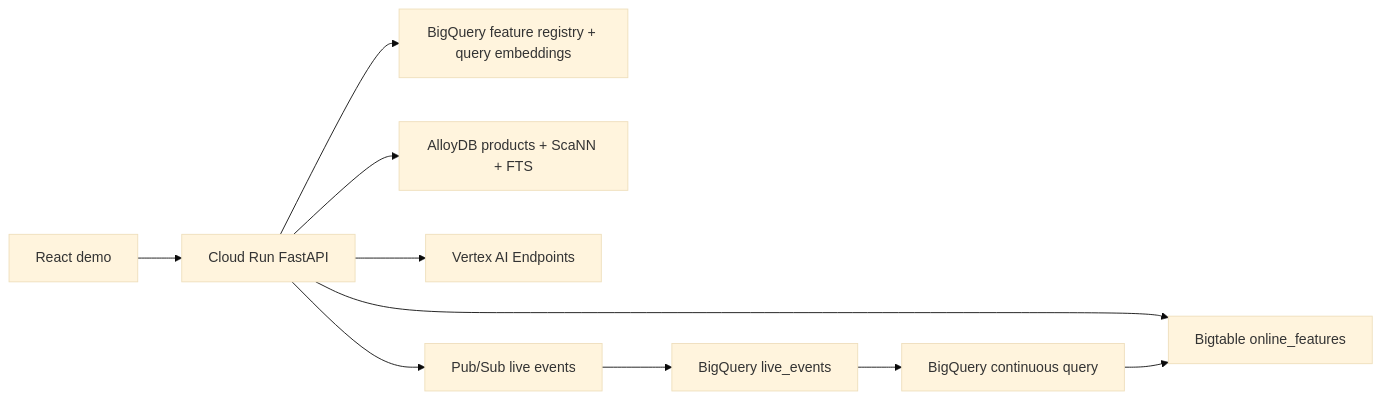
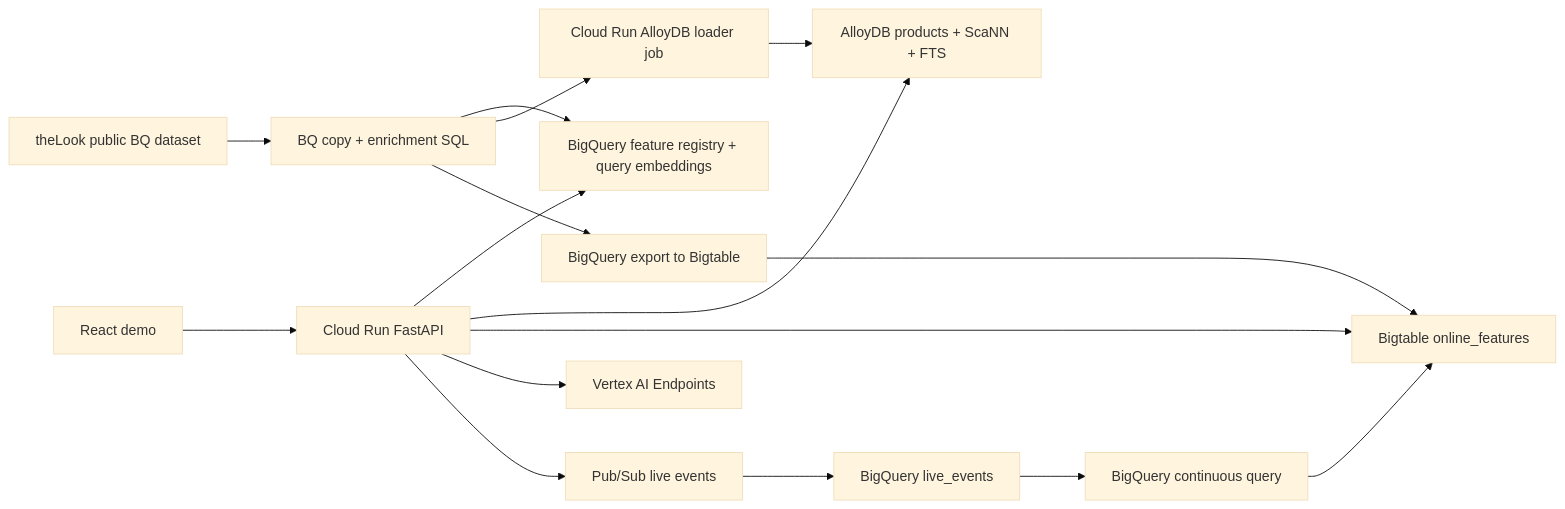
One commit to jasonmassie01/retail-ml-serving-demo changed the diagram in docs/LIVE_ARCHITECTURE.md. Above: the diagram before and after it, drawn with Mermaid (base theme). The commit also changed other lines of this file and 11 other files, not shown here.

````diff
--- a/docs/LIVE_ARCHITECTURE.md
+++ b/docs/LIVE_ARCHITECTURE.md
@@ -10,12 +10,18 @@
 ```mermaid
 flowchart LR
   UI["React demo"] --> API["Cloud Run FastAPI"]
+  Look["theLook public BQ dataset"] --> BQSeed["BQ copy + enrichment SQL"]
+  BQSeed --> BQ
+  BQSeed --> Loader["Cloud Run AlloyDB loader job"]
+  Loader --> Alloy
+  BQSeed --> BTExport["BigQuery export to Bigtable"]
+  BTExport --> BT
   API --> BQ["BigQuery feature registry + query embeddings"]
   API --> Alloy["AlloyDB products + ScaNN + FTS"]
   API --> BT["Bigtable online_features"]
   API --> Vertex["Vertex AI Endpoints"]
   API --> PubSub["Pub/Sub live events"]
   PubSub --> BQLive["BigQuery live_events"]
   BQLive --> CQ["BigQuery continuous query"]
   CQ --> BT
 ```
````
